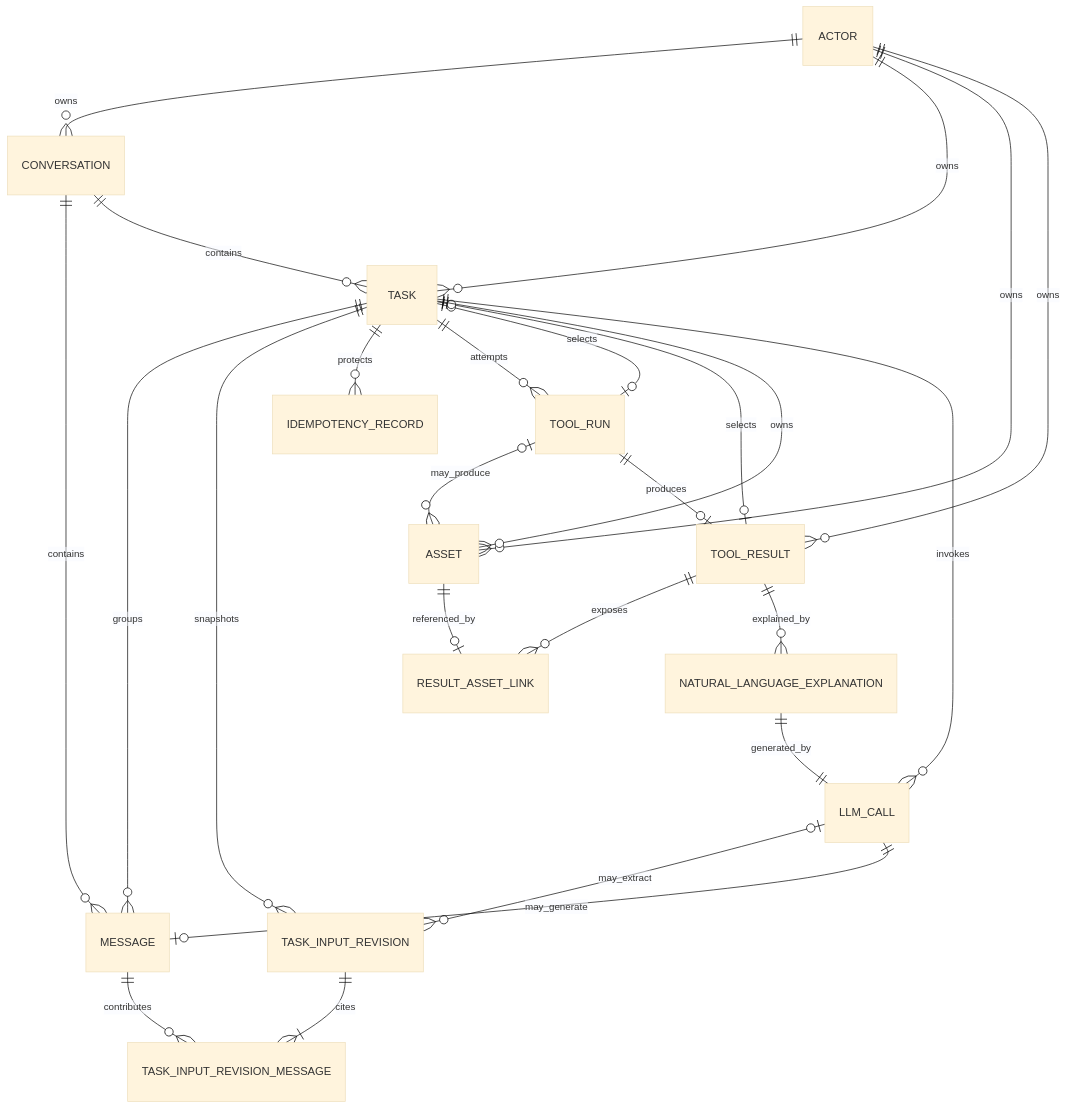
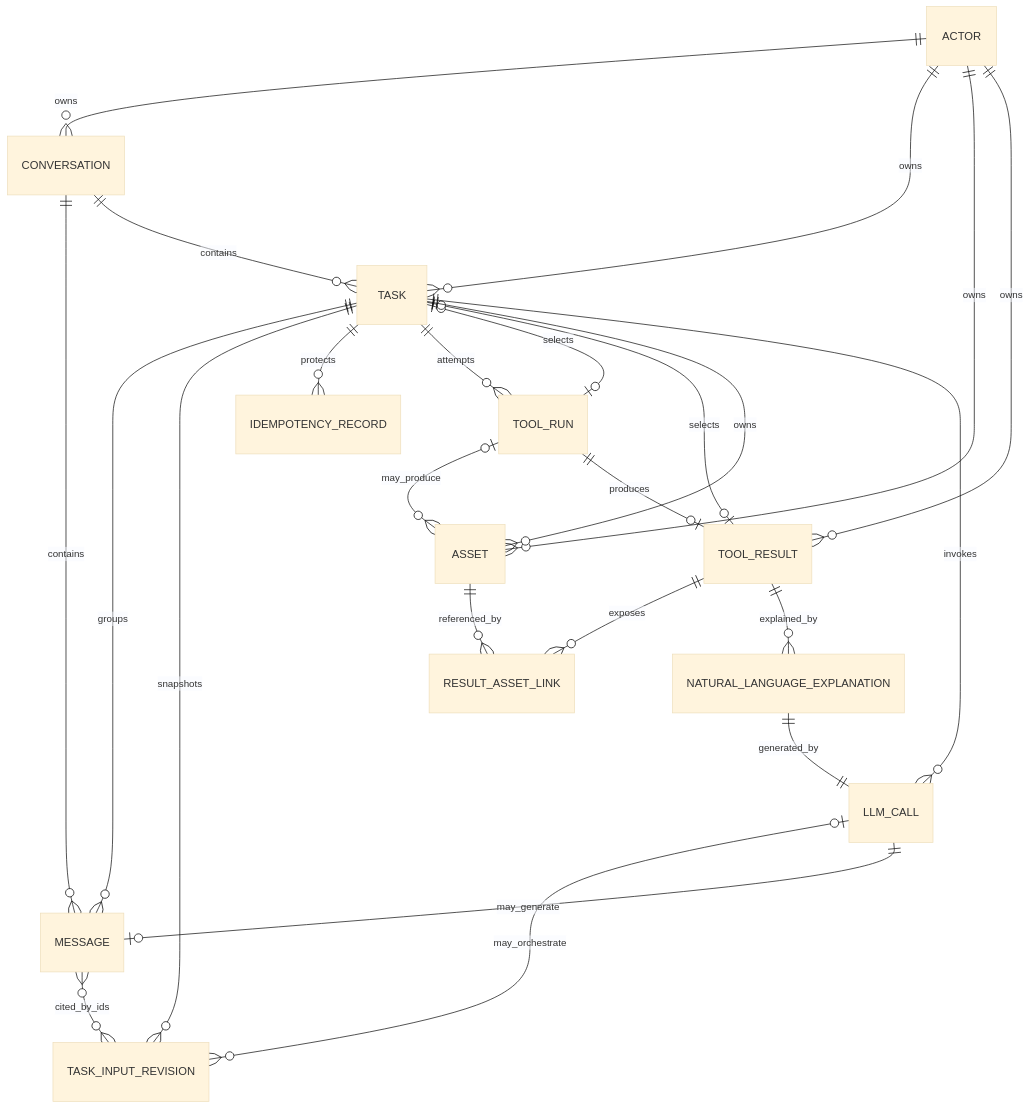
The first of 4 diagrams in docs/superpowers/specs/2026-07-16-sem-mvp-stage-0-core-data-model-logical-database-design.md (hajidie/materials-agent), drawn with Mermaid (base theme) before and after one commit. The commit also changed other lines of this file and 4 other files, not shown here.

```diff
--- a/docs/superpowers/specs/2026-07-16-sem-mvp-stage-0-core-data-model-logical-database-design.md
+++ b/docs/superpowers/specs/2026-07-16-sem-mvp-stage-0-core-data-model-logical-database-design.md
@@ -123,34 +177,33 @@
 ~~~mermaid
 erDiagram
     ACTOR ||--o{ CONVERSATION : owns
     ACTOR ||--o{ TASK : owns
     ACTOR ||--o{ ASSET : owns
     ACTOR ||--o{ TOOL_RESULT : owns
 
     CONVERSATION ||--o{ MESSAGE : contains
     CONVERSATION ||--o{ TASK : contains
     TASK ||--o{ MESSAGE : groups
 
     TASK ||--o{ TASK_INPUT_REVISION : snapshots
-    TASK_INPUT_REVISION ||--|{ TASK_INPUT_REVISION_MESSAGE : cites
-    MESSAGE ||--o{ TASK_INPUT_REVISION_MESSAGE : contributes
-    LLM_CALL o|--o{ TASK_INPUT_REVISION : may_extract
+    MESSAGE }o--o{ TASK_INPUT_REVISION : cited_by_ids
+    LLM_CALL o|--o{ TASK_INPUT_REVISION : may_orchestrate
 
     TASK ||--o{ IDEMPOTENCY_RECORD : protects
     TASK ||--o{ TOOL_RUN : attempts
     TASK o|--o| TOOL_RUN : selects
     TASK o|--o| TOOL_RESULT : selects
 
     TASK ||--o{ ASSET : owns
     TOOL_RUN o|--o{ ASSET : may_produce
     TOOL_RUN ||--o| TOOL_RESULT : produces
 
     TOOL_RESULT ||--o{ RESULT_ASSET_LINK : exposes
-    ASSET ||--o| RESULT_ASSET_LINK : referenced_by
+    ASSET ||--o{ RESULT_ASSET_LINK : referenced_by
 
     TOOL_RESULT ||--o{ NATURAL_LANGUAGE_EXPLANATION : explained_by
     NATURAL_LANGUAGE_EXPLANATION ||--|| LLM_CALL : generated_by
 
     TASK ||--o{ LLM_CALL : invokes
     LLM_CALL ||--o| MESSAGE : may_generate
 ~~~
```
